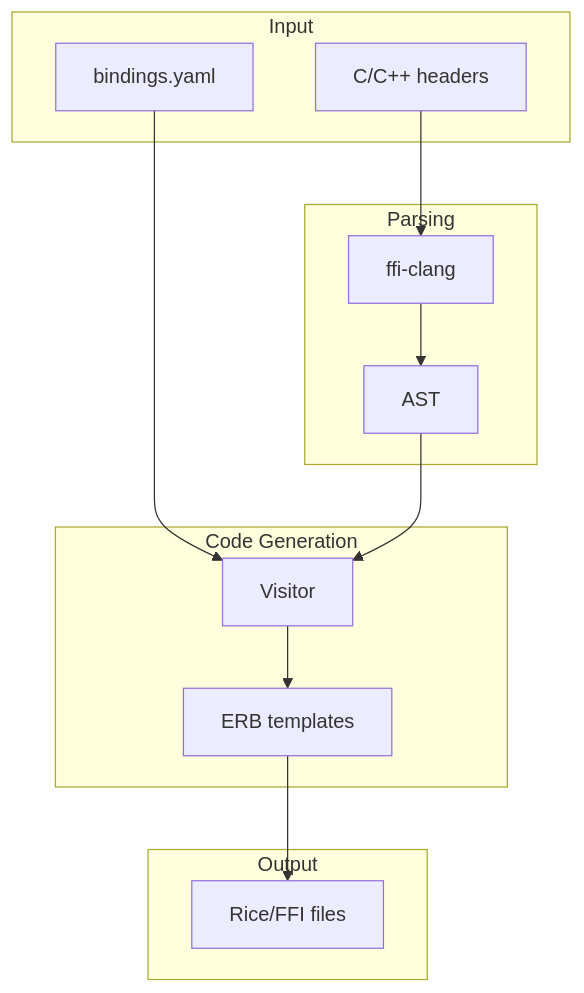
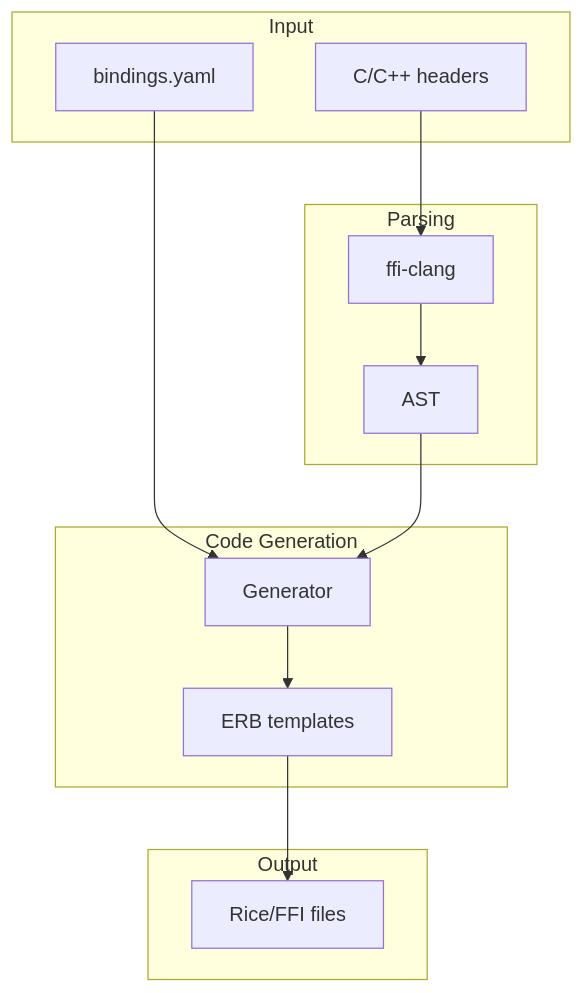
The first of 2 diagrams in docs/architecture.md (ruby-rice/ruby-bindgen), drawn with Mermaid before and after one commit. The commit also changed other lines of this file and 7 other files, not shown here.

````diff
--- a/docs/architecture.md
+++ b/docs/architecture.md
@@ -32,28 +32,28 @@
 ``` mermaid
 flowchart TD
     subgraph Input
         H["C/C++ headers"]
         Y["bindings.yaml"]
     end
 
     subgraph Parsing
         FC["ffi-clang"]
         AST["AST"]
         FC --> AST
     end
 
     subgraph "Code Generation"
-        V1["Visitor"]
+        V1["Generator"]
         ERB1["ERB templates"]
         V1 --> ERB1
     end
 
     subgraph Output
         F["Rice/FFI files"]
     end
 
     H --> FC
     Y --> V1
     AST --> V1
     ERB1 --> F
 ```
````
